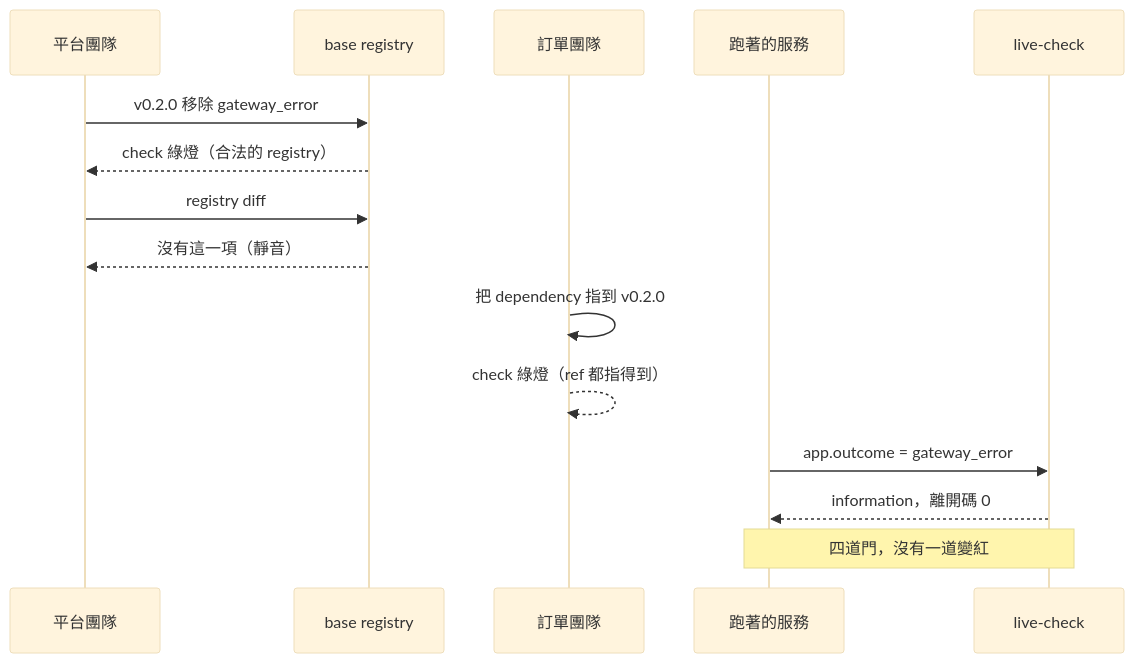
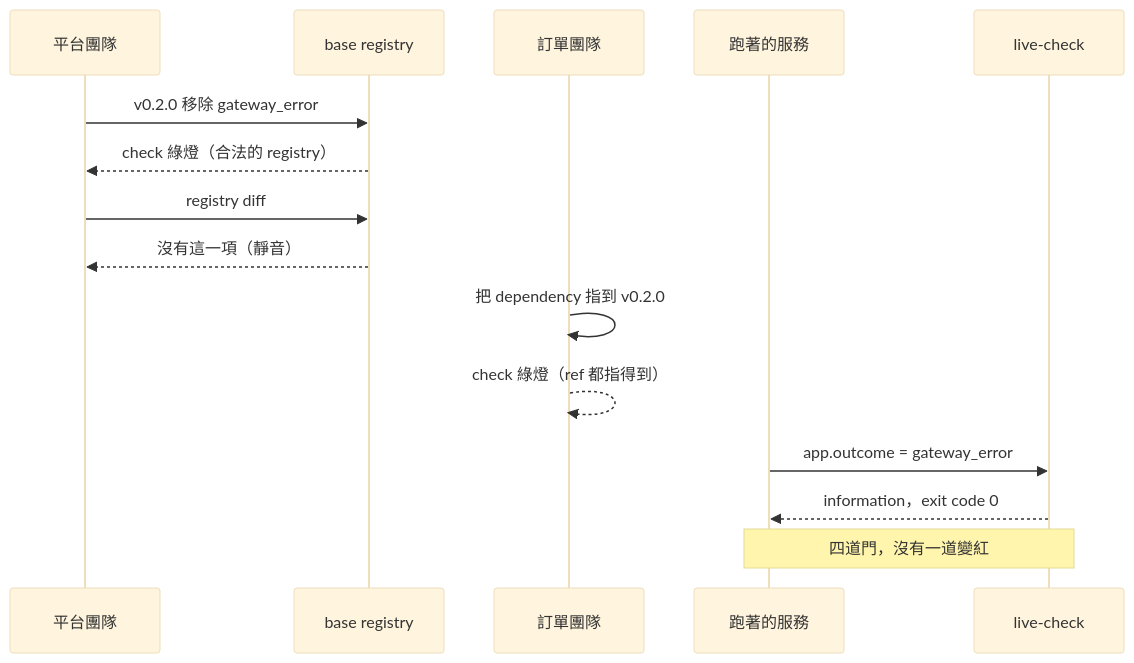
The third of 3 diagrams in weaver-demo/ironman-2026/day09.md (tedmax100/o11y-bench), drawn with Mermaid (base theme) before and after one commit. The commit also changed other lines of this file and 6 other files, not shown here.

````diff
--- a/weaver-demo/ironman-2026/day09.md
+++ b/weaver-demo/ironman-2026/day09.md
@@ -327,18 +357,18 @@
 ```mermaid
 sequenceDiagram
     participant P as 平台團隊
     participant B as base registry
     participant T as 訂單團隊
     participant S as 跑著的服務
     participant L as live-check
 
     P->>B: v0.2.0 移除 gateway_error
     B-->>P: check 綠燈（合法的 registry）
     P->>B: registry diff
     B-->>P: 沒有這一項（靜音）
     T->>T: 把 dependency 指到 v0.2.0
     T-->>T: check 綠燈（ref 都指得到）
     S->>L: app.outcome = gateway_error
-    L-->>S: information，離開碼 0
+    L-->>S: information，exit code 0
     Note over S,L: 四道門，沒有一道變紅
 ```
````
